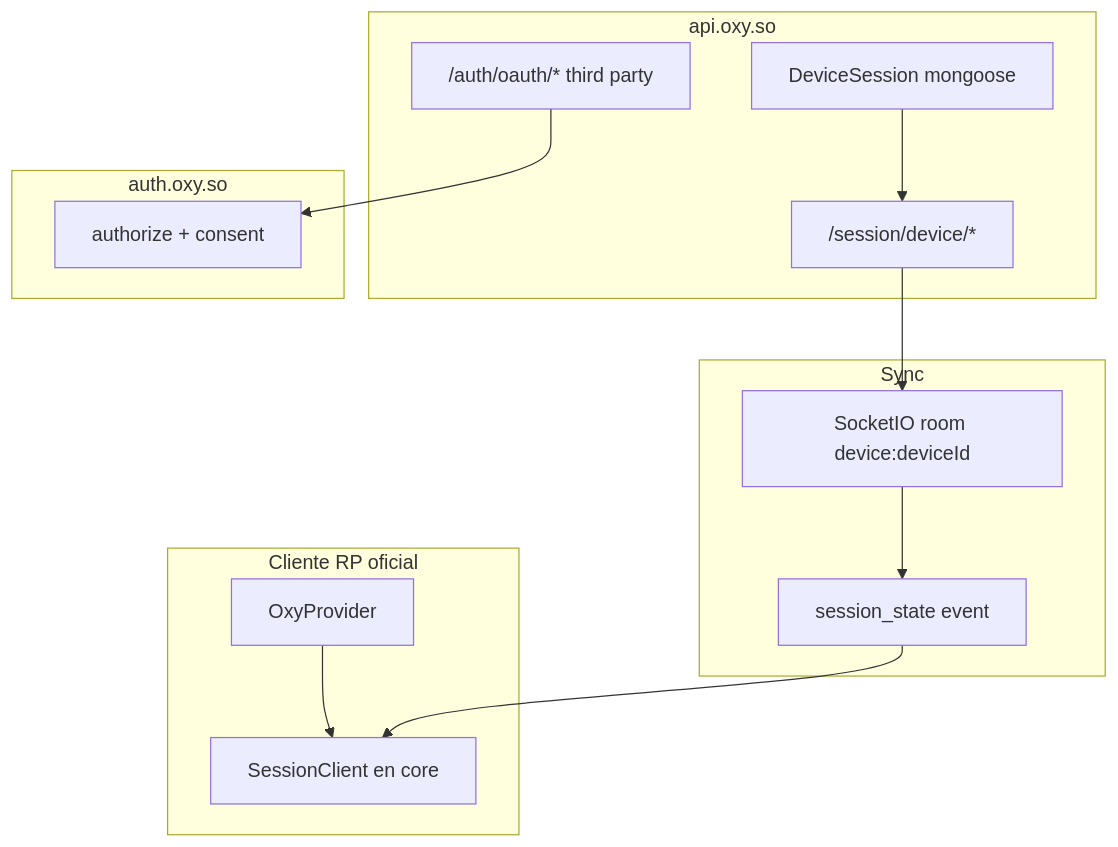
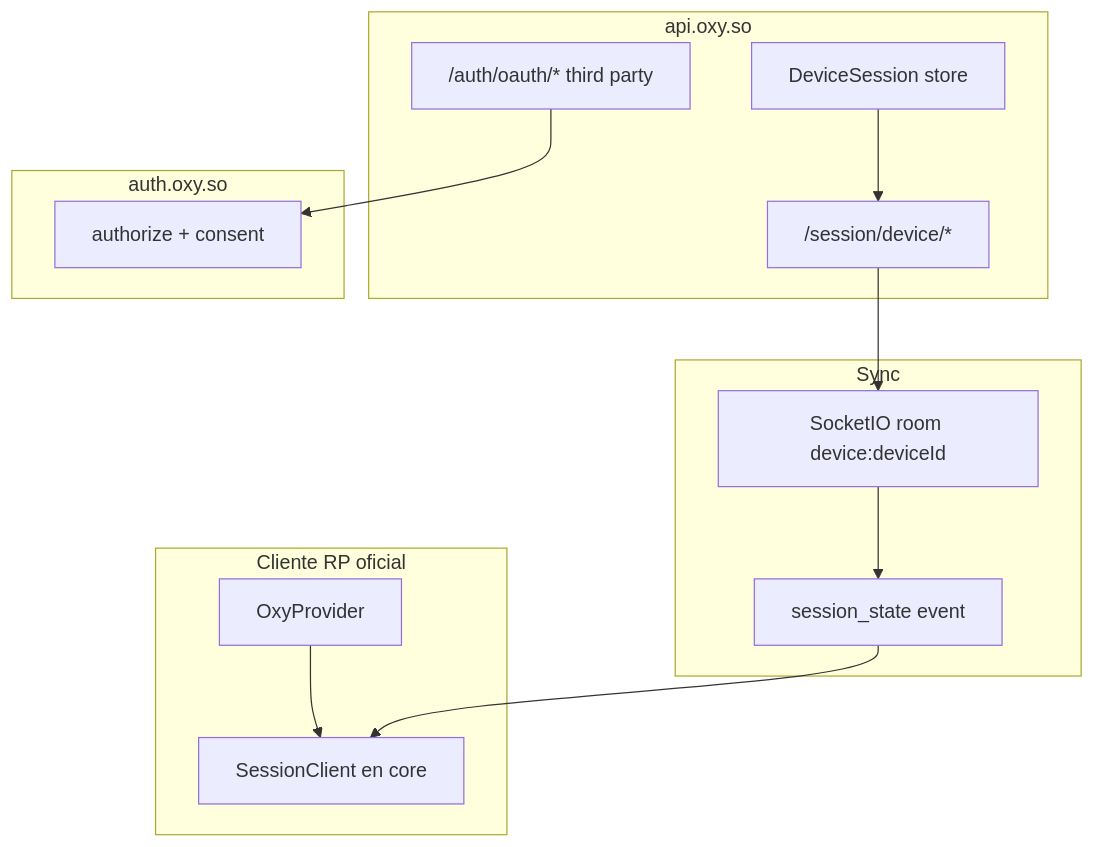
One commit to OxyHQ/oxy changed the second of 3 diagrams in docs/architecture/archive/oxy-auth-agent-handoff.md. Above: the diagram before and after it, drawn with Mermaid. The commit also changed other lines of this file and 407 other files, not shown here.

````diff
--- a/docs/architecture/archive/oxy-auth-agent-handoff.md
+++ b/docs/architecture/archive/oxy-auth-agent-handoff.md
@@ -243,26 +243,26 @@
 ```mermaid
 flowchart TB
   subgraph client [Cliente RP oficial]
     OP[OxyProvider]
     SC[SessionClient en core]
     OP --> SC
   end
 
   subgraph server [api.oxy.so]
-    DS[DeviceSession mongoose]
+    DS[DeviceSession store]
     RT["/session/device/*"]
     OAuth["/auth/oauth/* third party"]
     DS --> RT
   end
 
   subgraph sync [Sync]
     Sock["SocketIO room device:deviceId"]
     Ev[session_state event]
     RT --> Sock --> Ev --> SC
   end
 
   subgraph idp [auth.oxy.so]
     AuthZ[authorize + consent]
     OAuth --> AuthZ
   end
 ```
````
